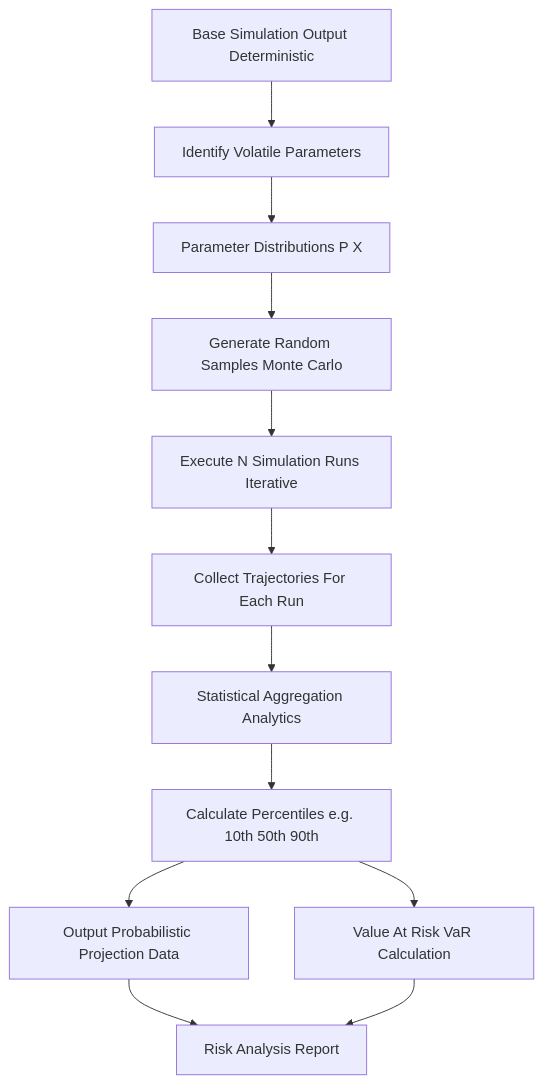
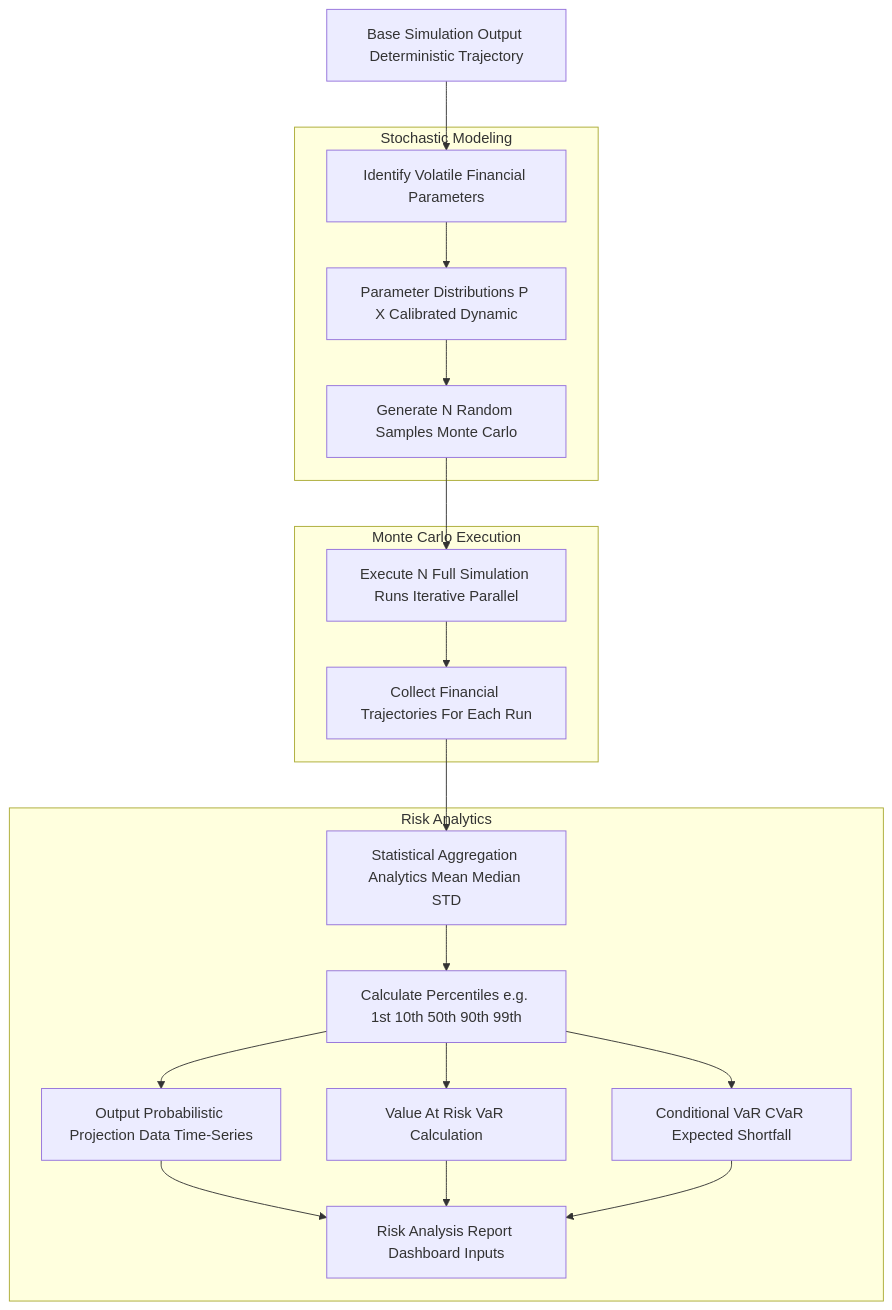
Before and after one commit to diplomat-bit/Citibank_Demo_Business_Inc_Demonstration-: the fourth of 11 diagrams in inventions/009_ai_financial_simulation.md, drawn with Mermaid. The commit also changed other lines of this file, not shown here.

Commit message:
[AI] Edit: inventions/009_ai_financial_simulation.md

````diff
--- a/inventions/009_ai_financial_simulation.md
+++ b/inventions/009_ai_financial_simulation.md
@@ -324,14 +520,33 @@
 ```mermaid
 graph TD
-    A[Base Simulation Output Deterministic] --> B[Identify Volatile Parameters];
-    B --> C[Parameter Distributions P X];
-    C --> D[Generate Random Samples Monte Carlo];
-    D --> E[Execute N Simulation Runs Iterative];
-    E --> F[Collect Trajectories For Each Run];
-    F --> G[Statistical Aggregation Analytics];
-    G --> H[Calculate Percentiles e.g. 10th 50th 90th];
-    H --> I[Output Probabilistic Projection Data];
+    A[Base Simulation Output Deterministic Trajectory] --> B[Identify Volatile Financial Parameters];
+    B --> C[Parameter Distributions P X Calibrated Dynamic];
+    C --> D[Generate N Random Samples Monte Carlo];
+    D --> E[Execute N Full Simulation Runs Iterative Parallel];
+    E --> F[Collect Financial Trajectories For Each Run];
+    F --> G[Statistical Aggregation Analytics Mean Median STD];
+    G --> H[Calculate Percentiles e.g. 1st 10th 50th 90th 99th];
+    H --> I[Output Probabilistic Projection Data Time-Series];
     H --> J[Value At Risk VaR Calculation];
-    I --> K[Risk Analysis Report];
-    J --> K;
+    H --> K[Conditional VaR CVaR Expected Shortfall];
+    I --> L[Risk Analysis Report Dashboard Inputs];
+    J --> L;
+    K --> L;
+    subgraph Stochastic Modeling
+        B
+        C
+        D
+    end
+    subgraph Monte Carlo Execution
+        E
+        F
+    end
+    subgraph Risk Analytics
+        G
+        H
+        I
+        J
+        K
+        L
+    end
 ```
````
